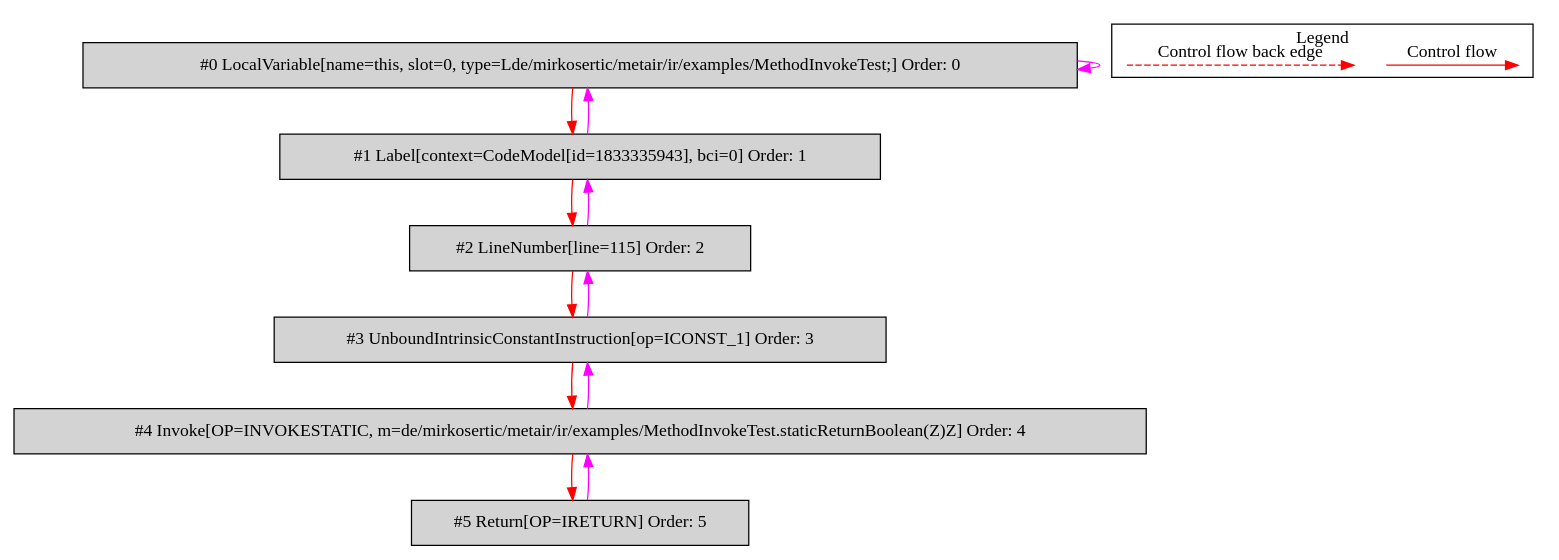
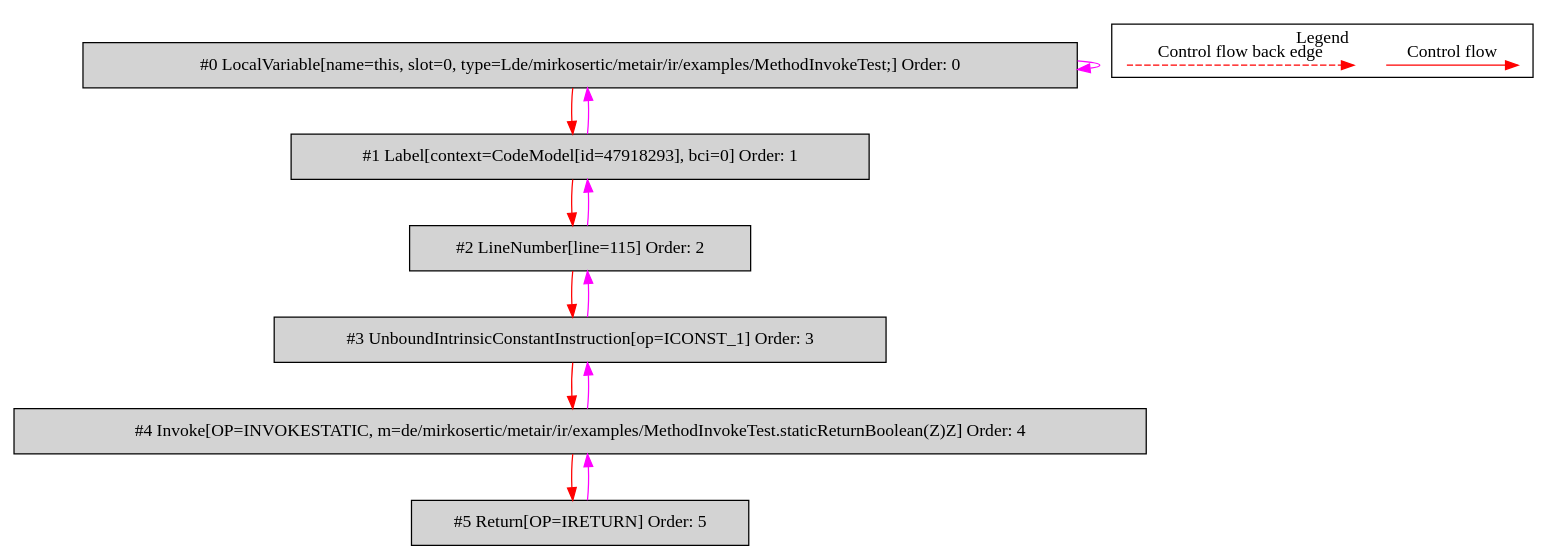
The diagram in de.mirkosertic.metair.ir.examples.MethodInvokeTest/returnBoolean/bytecodecfg.dot (mirkosertic/MetaIR), drawn with Graphviz before and after one commit. The commit also changed 1499 other files, not shown here.

```diff
--- a/de.mirkosertic.metair.ir.examples.MethodInvokeTest/returnBoolean/bytecodecfg.dot
+++ b/de.mirkosertic.metair.ir.examples.MethodInvokeTest/returnBoolean/bytecodecfg.dot
@@ -1,34 +1,34 @@
 digraph {
  ordering="in";
  node0[label="#0 LocalVariable[name=this, slot=0, type=Lde/mirkosertic/metair/ir/examples/MethodInvokeTest;] Order: 0", shape=box, fillcolor=lightgrey, style=filled];
- node1[label="#1 Label[context=CodeModel[id=1833335943], bci=0] Order: 1", shape=box, fillcolor=lightgrey, style=filled];
+ node1[label="#1 Label[context=CodeModel[id=47918293], bci=0] Order: 1", shape=box, fillcolor=lightgrey, style=filled];
  node2[label="#2 LineNumber[line=115] Order: 2", shape=box, fillcolor=lightgrey, style=filled];
  node3[label="#3 UnboundIntrinsicConstantInstruction[op=ICONST_1] Order: 3", shape=box, fillcolor=lightgrey, style=filled];
  node4[label="#4 Invoke[OP=INVOKESTATIC, m=de/mirkosertic/metair/ir/examples/MethodInvokeTest.staticReturnBoolean(Z)Z] Order: 4", shape=box, fillcolor=lightgrey, style=filled];
  node5[label="#5 Return[OP=IRETURN] Order: 5", shape=box, fillcolor=lightgrey, style=filled];
  node0 -> node0[color=fuchsia];
  node0 -> node1[color=red];
  node1 -> node0[color=fuchsia];
  node1 -> node2[color=red];
  node2 -> node1[color=fuchsia];
  node2 -> node3[color=red];
  node3 -> node2[color=fuchsia];
  node3 -> node4[color=red];
  node4 -> node3[color=fuchsia];
  node4 -> node5[color=red];
  node5 -> node4[color=fuchsia];
  subgraph cluster_000 {
   label = "Legend";
   node [shape=point]
   {
    rank=same;
    c0 [style = invis];
    c1 [style = invis];
    c2 [style = invis];
    c3 [style = invis];
   }
   c0 -> c1 [label="Control flow", style=solid, color=red]
   c2 -> c3 [label="Control flow back edge", style=dashed, color=red]
  }
 
 }
```
